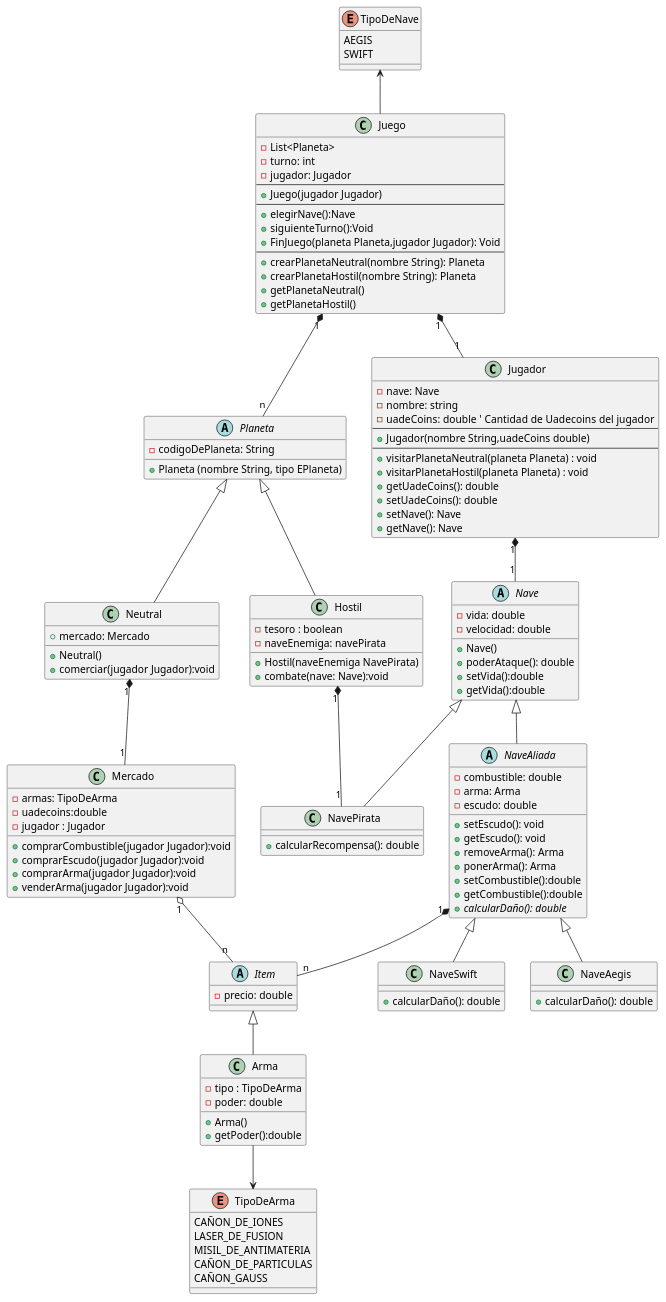
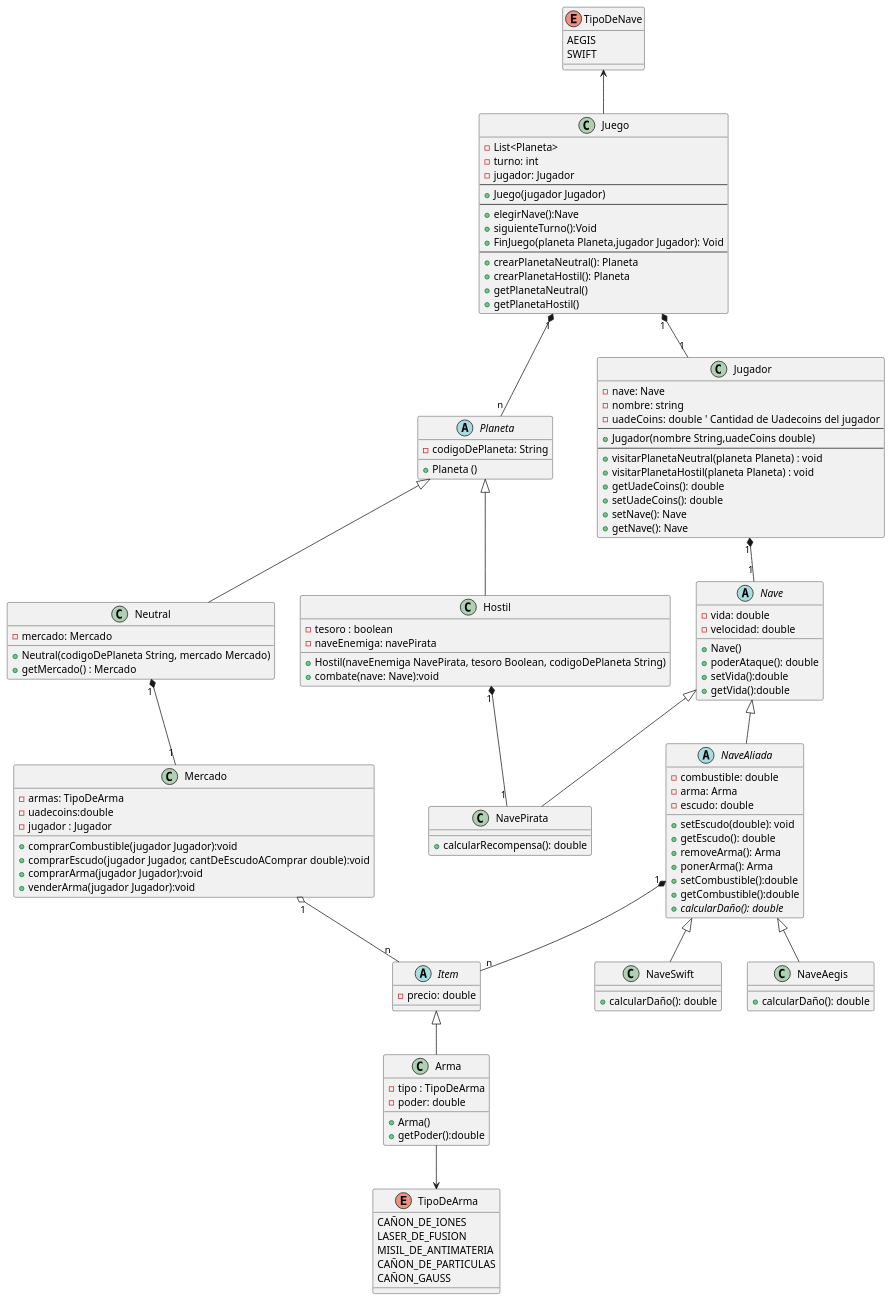
One commit to ianlio-git/LostGalaxy changed the diagram in src/TPO_classDiagram/TPO_ClassDiagram.puml. Above: the diagram before and after it, drawn with PlantUML. The commit also changed 3 other files, not shown here.

```diff
--- a/src/TPO_classDiagram/TPO_ClassDiagram.puml
+++ b/src/TPO_classDiagram/TPO_ClassDiagram.puml
@@ -1,135 +1,138 @@
 @startuml
 'class Juego
 TipoDeNave <-- Juego
 enum TipoDeNave{
     AEGIS
     SWIFT
 }
 Arma --> TipoDeArma
 enum TipoDeArma{
    CAÑON_DE_IONES
    LASER_DE_FUSION
    MISIL_DE_ANTIMATERIA
    CAÑON_DE_PARTICULAS
    CAÑON_GAUSS
 }
 Juego "1" *-- "n" Planeta
 Juego "1" *-- "1" Jugador
 class Juego {
     - List<Planeta>
     - turno: int
     - jugador: Jugador
     --
     + Juego(jugador Jugador)
     --
     + elegirNave():Nave
     + siguienteTurno():Void
     + FinJuego(planeta Planeta,jugador Jugador): Void
     --
-    + crearPlanetaNeutral(nombre String): Planeta
-    + crearPlanetaHostil(nombre String): Planeta
+    + crearPlanetaNeutral(): Planeta
+    + crearPlanetaHostil(): Planeta
     + getPlanetaNeutral()
     + getPlanetaHostil()
 }
 Jugador "1" *-- "1" Nave
 'class Jugador
 class Jugador {
     - nave: Nave
     - nombre: string
     - uadeCoins: double  ' Cantidad de Uadecoins del jugador
     --
     + Jugador(nombre String,uadeCoins double)
     --
     + visitarPlanetaNeutral(planeta Planeta) : void
     + visitarPlanetaHostil(planeta Planeta) : void
     + getUadeCoins(): double
     + setUadeCoins(): double
     + setNave(): Nave
     + getNave(): Nave
 }
 
 'class Nave
 abstract class Nave {
     - vida: double
     - velocidad: double
     + Nave()
     + poderAtaque(): double
     + setVida():double
     + getVida():double
 }
 abstract class NaveAliada extends Nave{
  - combustible: double
  - arma: Arma
  - escudo: double
- + setEscudo(): void
- + getEscudo(): void
+ + setEscudo(double): void
+ + getEscudo(): double
  + removeArma(): Arma
  + ponerArma(): Arma
  + setCombustible():double
  + getCombustible():double
  + {abstract} calcularDaño(): double
 }
 ' Clase para Nave Aegis
 class NaveAegis extends NaveAliada{
 + calcularDaño(): double
 }
 ' Clase para Nave Swift
 class NaveSwift extends NaveAliada {
 + calcularDaño(): double
 }
 NaveAliada "1"*--"n" Item
 abstract class Item{
 - precio: double
 
 }
 'class Arma
 class Arma extends Item{
     - tipo : TipoDeArma
     - poder: double
     + Arma()
     + getPoder():double
 }
 
 
 Hostil "1"*--"1" NavePirata
 'class Enemigo
 class NavePirata extends Nave {
     + calcularRecompensa(): double
 }
 
 'class Planeta
 
 Neutral "1"*--"1" Mercado
 abstract class Planeta {
     - codigoDePlaneta: String
-    + Planeta (nombre String, tipo EPlaneta)
+    + Planeta ()
 }
 
 'class Mercado
 class Neutral extends Planeta{
-    + mercado: Mercado
-    + Neutral()
-    + comerciar(jugador Jugador):void
+    - mercado: Mercado
+    + Neutral(codigoDePlaneta String, mercado Mercado)
+    + getMercado() : Mercado
+
 }
 Mercado "1" o-- "n" Item
 class Mercado {
     -armas: TipoDeArma
     -uadecoins:double
     -jugador : Jugador
     + comprarCombustible(jugador Jugador):void
-    + comprarEscudo(jugador Jugador):void
+    + comprarEscudo(jugador Jugador, cantDeEscudoAComprar double):void
     + comprarArma(jugador Jugador):void
     + venderArma(jugador Jugador):void
 
 }
 
+
+
 'Subclase de Planeta: Hostil
 class Hostil extends Planeta{
     - tesoro : boolean
     - naveEnemiga: navePirata
-    + Hostil(naveEnemiga NavePirata)
+    + Hostil(naveEnemiga NavePirata, tesoro Boolean, codigoDePlaneta String)
     + combate(nave: Nave):void
 }
 
 
 @enduml
```
